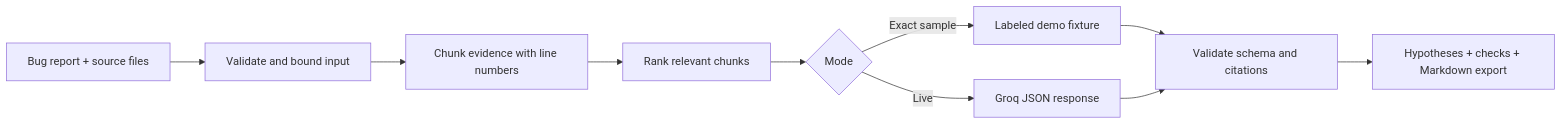
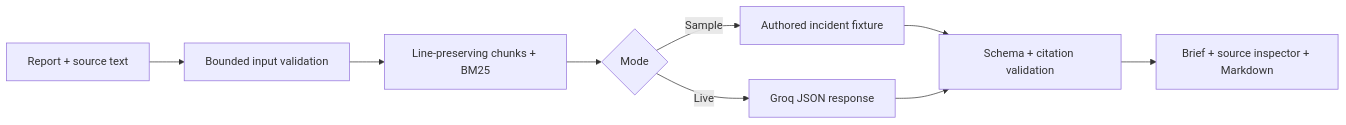
One commit to FadyIbenHabel/traceboard changed the diagram in README.md. Above: the diagram before and after it, drawn with Mermaid. The commit also changed other lines of this file and 129 other files, not shown here.

````diff
--- a/README.md
+++ b/README.md
@@ -51,12 +71,11 @@
 ```mermaid
 flowchart LR
-    A[Bug report + source files] --> B[Validate and bound input]
-    B --> C[Chunk evidence with line numbers]
-    C --> D[Rank relevant chunks]
-    D --> E{Mode}
-    E -->|Exact sample| F[Labeled demo fixture]
-    E -->|Live| G[Groq JSON response]
-    F --> H[Validate schema and citations]
-    G --> H
-    H --> I[Hypotheses + checks + Markdown export]
+    A[Report + source text] --> B[Bounded input validation]
+    B --> C[Line-preserving chunks + BM25]
+    C --> D{Mode}
+    D -->|Sample| E[Authored incident fixture]
+    D -->|Live| F[Groq JSON response]
+    E --> G[Schema + citation validation]
+    F --> G
+    G --> H[Brief + source inspector + Markdown]
 ```
````
